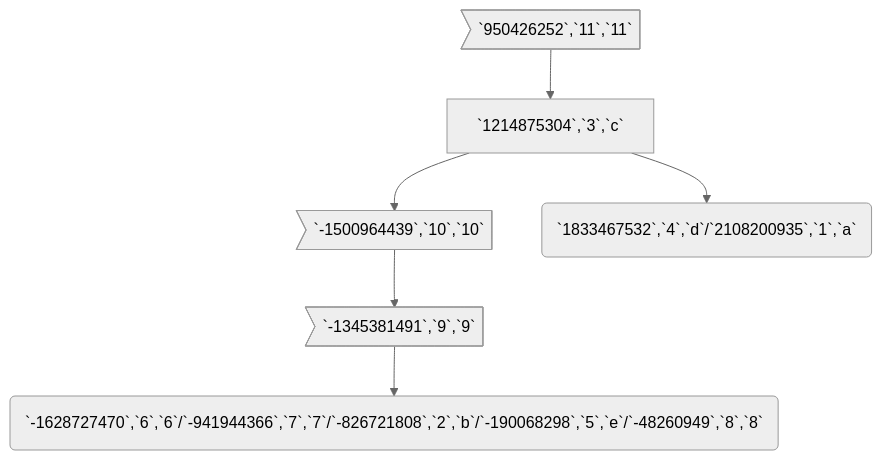
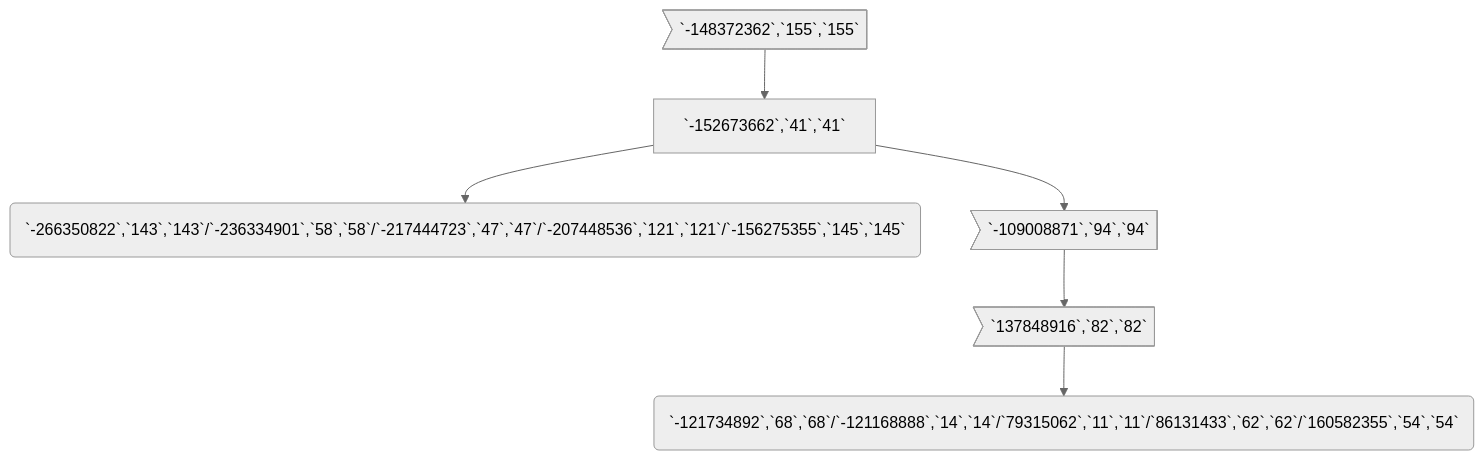
Before and after one commit to dadhi/ImTools: the second of 2 diagrams in src/ImTools/ImHashMap_Diagnostics.md, drawn with Mermaid (neutral theme). The commit also changed other lines of this file and 4 other files, not shown here.

````diff
--- a/src/ImTools/ImHashMap_Diagnostics.md
+++ b/src/ImTools/ImHashMap_Diagnostics.md
@@ -7,10 +20,11 @@
 ```mermaid
 graph TD
-L5_-1628727470(`-1628727470`,`6`,`6`/`-941944366`,`7`,`7`/`-826721808`,`2`,`b`/`-190068298`,`5`,`e`/`-48260949`,`8`,`8`)
-L5P_-1345381491>`-1345381491`,`9`,`9`]-->L5_-1628727470
-L5PP_-1500964439>`-1500964439`,`10`,`10`]-->L5P_-1345381491
-L2_1833467532(`1833467532`,`4`,`d`/`2108200935`,`1`,`a`)
-B2_1214875304[`1214875304`,`3`,`c`]-->L5PP_-1500964439
-B2_1214875304-->L2_1833467532
-B2P_950426252>`950426252`,`11`,`11`]-->B2_1214875304
+L5_-266350822(`-266350822`,`143`,`143`/`-236334901`,`58`,`58`/`-217444723`,`47`,`47`/`-207448536`,`121`,`121`/`-156275355`,`145`,`145`)
+L5_-121734892(`-121734892`,`68`,`68`/`-121168888`,`14`,`14`/`79315062`,`11`,`11`/`86131433`,`62`,`62`/`160582355`,`54`,`54`)
+L5P_137848916>`137848916`,`82`,`82`]-->L5_-121734892
+L5PP_-109008871>`-109008871`,`94`,`94`]-->L5P_137848916
+B2_-152673662[`-152673662`,`41`,`41`]-->L5_-266350822
+B2_-152673662-->L5PP_-109008871
+B2P_-148372362>`-148372362`,`155`,`155`]-->B2_-152673662
+
 ```
````
